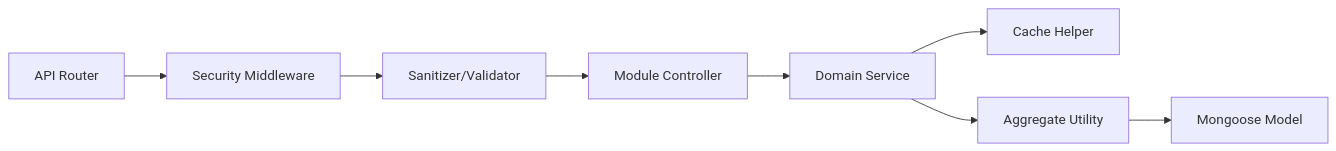
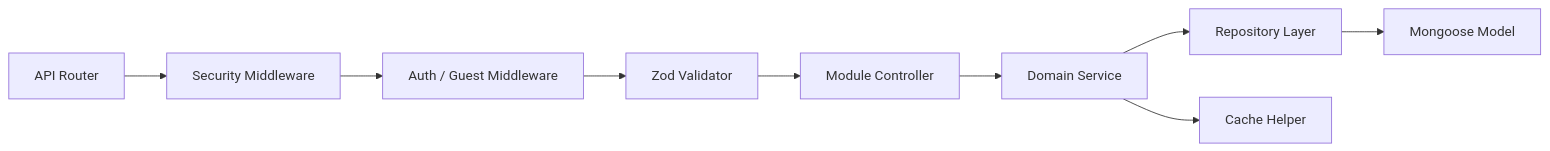
Before and after one commit to foysalahmedmin/z-news-server: the second of 5 diagrams in README.md, drawn with Mermaid. The commit also changed other lines of this file, not shown here.

````diff
--- a/README.md
+++ b/README.md
@@ -154,19 +173,21 @@
 ```mermaid
 graph LR
     Router[API Router]
     Mid[Security Middleware]
-    San[Sanitizer/Validator]
+    Auth[Auth / Guest Middleware]
+    Val[Zod Validator]
     Cont[Module Controller]
     Serv[Domain Service]
-    CacheServ[Cache Helper]
-    Agg[Aggregate Utility]
+    Repo[Repository Layer]
+    Cache[Cache Helper]
     Mongoose[Mongoose Model]
 
     Router --> Mid
-    Mid --> San
-    San --> Cont
+    Mid --> Auth
+    Auth --> Val
+    Val --> Cont
     Cont --> Serv
-    Serv --> CacheServ
-    Serv --> Agg
-    Agg --> Mongoose
+    Serv --> Cache
+    Serv --> Repo
+    Repo --> Mongoose
 ```
````
